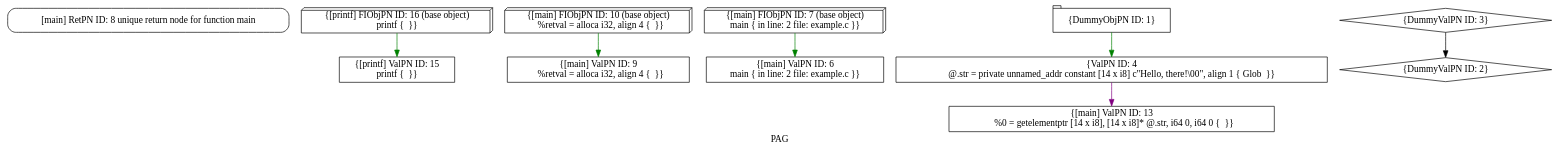
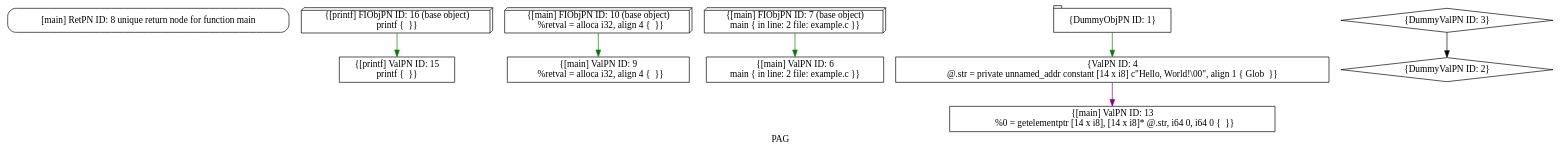
The diagram in pag.dot (joshua-sy/CapstoneProject), drawn with Graphviz before and after one commit. The commit also changed 9 other files, not shown here.

Commit message:
Add ability to close graph tabs

```diff
--- a/pag.dot
+++ b/pag.dot
@@ -1,22 +1,22 @@
 digraph "PAG" {
 	label="PAG";
 
-	Node0x563472e0a9e0 [shape=record,shape=Mrecord,label="{[main] RetPN ID: 8 unique return node for function main}"];
-	Node0x563472e0a8b0 [shape=record,shape=box3d,label="{[printf] FIObjPN ID: 16 (base object)\n printf \{  \}}"];
-	Node0x563472e0a8b0 -> Node0x563472e09e20[color=green];
-	Node0x563472e0a710 [shape=record,shape=box3d,label="{[main] FIObjPN ID: 10 (base object)\n   %retval = alloca i32, align 4 \{  \}}"];
-	Node0x563472e0a710 -> Node0x563472e09960[color=green];
-	Node0x563472e0a570 [shape=record,shape=box3d,label="{[main] FIObjPN ID: 7 (base object)\n main \{ in line: 2 file: example.c \}}"];
-	Node0x563472e0a570 -> Node0x563472e09830[color=green];
-	Node0x563472e0a3d0 [shape=record,shape=box,label="{[main] ValPN ID: 13\n   %0 = getelementptr [14 x i8], [14 x i8]* @.str, i64 0, i64 0 \{  \}}"];
-	Node0x563472e08e40 [shape=record,shape=tab,label="{DummyObjPN ID: 1}"];
-	Node0x563472e08e40 -> Node0x563472e09700[color=green];
-	Node0x563472e08f70 [shape=record,shape=diamond,label="{DummyValPN ID: 2}"];
-	Node0x563472e09e20 [shape=record,shape=box,label="{[printf] ValPN ID: 15\n printf \{  \}}"];
-	Node0x563472e090a0 [shape=record,shape=diamond,label="{DummyValPN ID: 3}"];
-	Node0x563472e090a0 -> Node0x563472e08f70[color=black];
-	Node0x563472e09700 [shape=record,shape=box,label="{ValPN ID: 4\n @.str = private unnamed_addr constant [14 x i8] c\"Hello, there!\\00\", align 1 \{ Glob  \}}"];
-	Node0x563472e09700 -> Node0x563472e0a3d0[color=purple];
-	Node0x563472e09830 [shape=record,shape=box,label="{[main] ValPN ID: 6\n main \{ in line: 2 file: example.c \}}"];
-	Node0x563472e09960 [shape=record,shape=box,label="{[main] ValPN ID: 9\n   %retval = alloca i32, align 4 \{  \}}"];
+	Node0x55fc43cab9e0 [shape=record,shape=Mrecord,label="{[main] RetPN ID: 8 unique return node for function main}"];
+	Node0x55fc43cab8b0 [shape=record,shape=box3d,label="{[printf] FIObjPN ID: 16 (base object)\n printf \{  \}}"];
+	Node0x55fc43cab8b0 -> Node0x55fc43caae20[color=green];
+	Node0x55fc43cab710 [shape=record,shape=box3d,label="{[main] FIObjPN ID: 10 (base object)\n   %retval = alloca i32, align 4 \{  \}}"];
+	Node0x55fc43cab710 -> Node0x55fc43caa960[color=green];
+	Node0x55fc43cab570 [shape=record,shape=box3d,label="{[main] FIObjPN ID: 7 (base object)\n main \{ in line: 2 file: example.c \}}"];
+	Node0x55fc43cab570 -> Node0x55fc43caa830[color=green];
+	Node0x55fc43cab3d0 [shape=record,shape=box,label="{[main] ValPN ID: 13\n   %0 = getelementptr [14 x i8], [14 x i8]* @.str, i64 0, i64 0 \{  \}}"];
+	Node0x55fc43ca9e40 [shape=record,shape=tab,label="{DummyObjPN ID: 1}"];
+	Node0x55fc43ca9e40 -> Node0x55fc43caa700[color=green];
+	Node0x55fc43ca9f70 [shape=record,shape=diamond,label="{DummyValPN ID: 2}"];
+	Node0x55fc43caae20 [shape=record,shape=box,label="{[printf] ValPN ID: 15\n printf \{  \}}"];
+	Node0x55fc43caa0a0 [shape=record,shape=diamond,label="{DummyValPN ID: 3}"];
+	Node0x55fc43caa0a0 -> Node0x55fc43ca9f70[color=black];
+	Node0x55fc43caa700 [shape=record,shape=box,label="{ValPN ID: 4\n @.str = private unnamed_addr constant [14 x i8] c\"Hello, World!\\00\", align 1 \{ Glob  \}}"];
+	Node0x55fc43caa700 -> Node0x55fc43cab3d0[color=purple];
+	Node0x55fc43caa830 [shape=record,shape=box,label="{[main] ValPN ID: 6\n main \{ in line: 2 file: example.c \}}"];
+	Node0x55fc43caa960 [shape=record,shape=box,label="{[main] ValPN ID: 9\n   %retval = alloca i32, align 4 \{  \}}"];
 }
```
